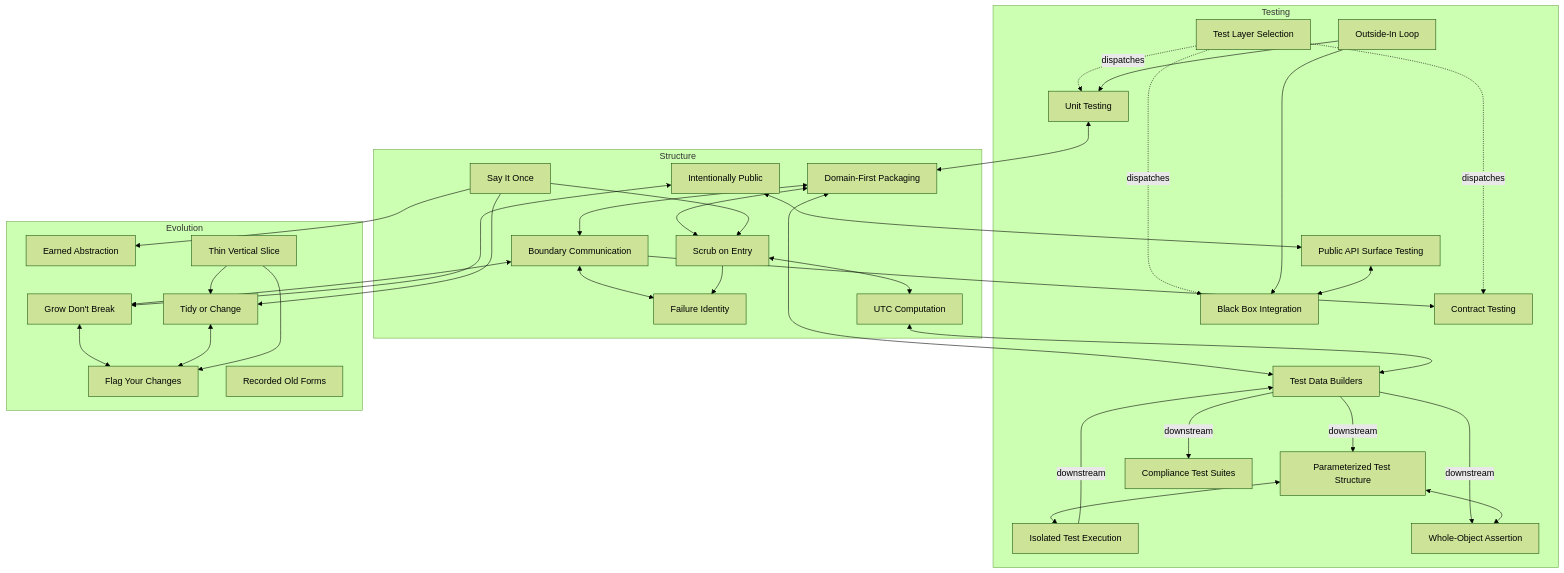
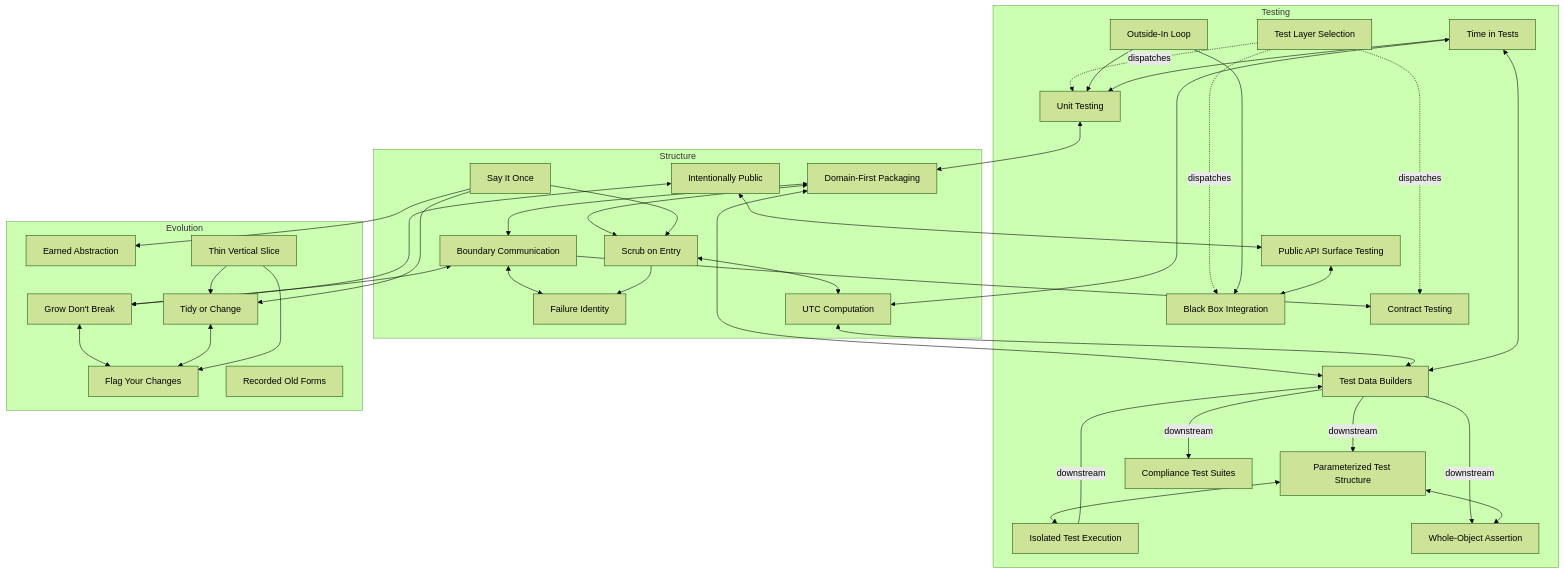
One commit to gaqzi/bjornstack changed the diagram in strategies/RELATIONSHIPS.md. Above: the diagram before and after it, drawn with Mermaid (forest theme). The commit also changed other lines of this file and 2 other files, not shown here.

First line of the commit message:
Add the Time in Tests strategy

````diff
--- a/strategies/RELATIONSHIPS.md
+++ b/strategies/RELATIONSHIPS.md
@@ -13,50 +13,54 @@
 ```mermaid
 graph TD
     subgraph testing [Testing]
         TLS["Test Layer Selection"] -.->|dispatches| UT["Unit Testing"]
         TLS -.->|dispatches| BBIB["Black Box Integration"]
         TLS -.->|dispatches| CT["Contract Testing"]
         OILD["Outside-In Loop"] --> UT
         OILD --> BBIB
         ITE["Isolated Test Execution"] -->|downstream| TDB["Test Data Builders"]
         TDB -->|downstream| WOA["Whole-Object Assertion"]
         TDB -->|downstream| PTS["Parameterized Test Structure"]
         TDB -->|downstream| CTS["Compliance Test Suites"]
         PTS <--> WOA
         PTS <--> ITE
         PAST["Public API Surface Testing"] <--> BBIB
+        TIT["Time in Tests"]
     end
 
     subgraph structure [Structure]
         DFP["Domain-First Packaging"] <--> BC["Boundary Communication"]
         IP["Intentionally Public"]
         SOE["Scrub on Entry"]
         SIO["Say It Once"]
         FI["Failure Identity"]
         UTC["UTC Computation"]
     end
 
     subgraph evolution [Evolution]
         GDB["Grow Don't Break"] <--> FYC["Flag Your Changes"]
         ToC["Tidy or Change"] <--> FYC
         EA["Earned Abstraction"]
         ROF["Recorded Old Forms"]
         TVS["Thin Vertical Slice"] --> ToC
         TVS --> FYC
     end
 
     BC <--> GDB
     IP <--> GDB
     IP <--> PAST
     BC --> CT
     DFP <--> TDB
     DFP <--> SOE
     SIO --> SOE
     SIO --> ToC
     SIO --> EA
     BC <--> FI
     SOE --> FI
     SOE <--> UTC
     UTC <--> TDB
     UT <--> DFP
+    TIT <--> UTC
+    TIT <--> TDB
+    TIT --> UT
 ```
````
